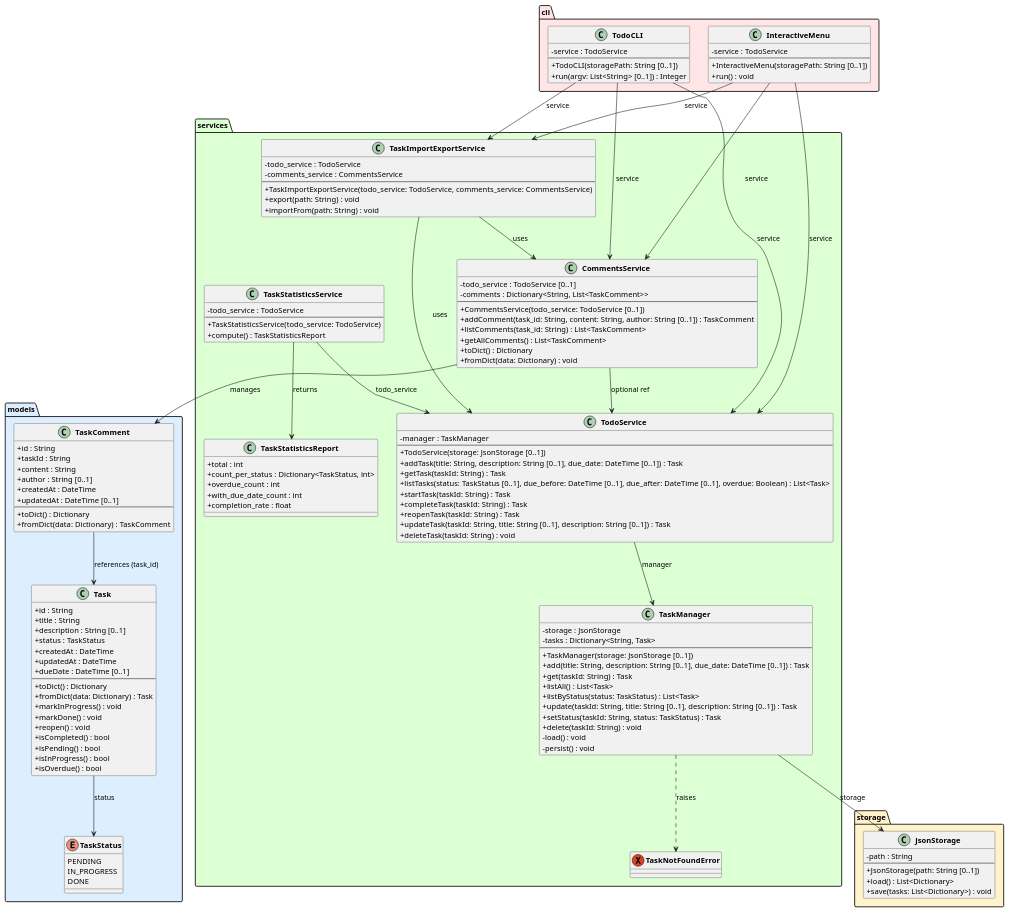
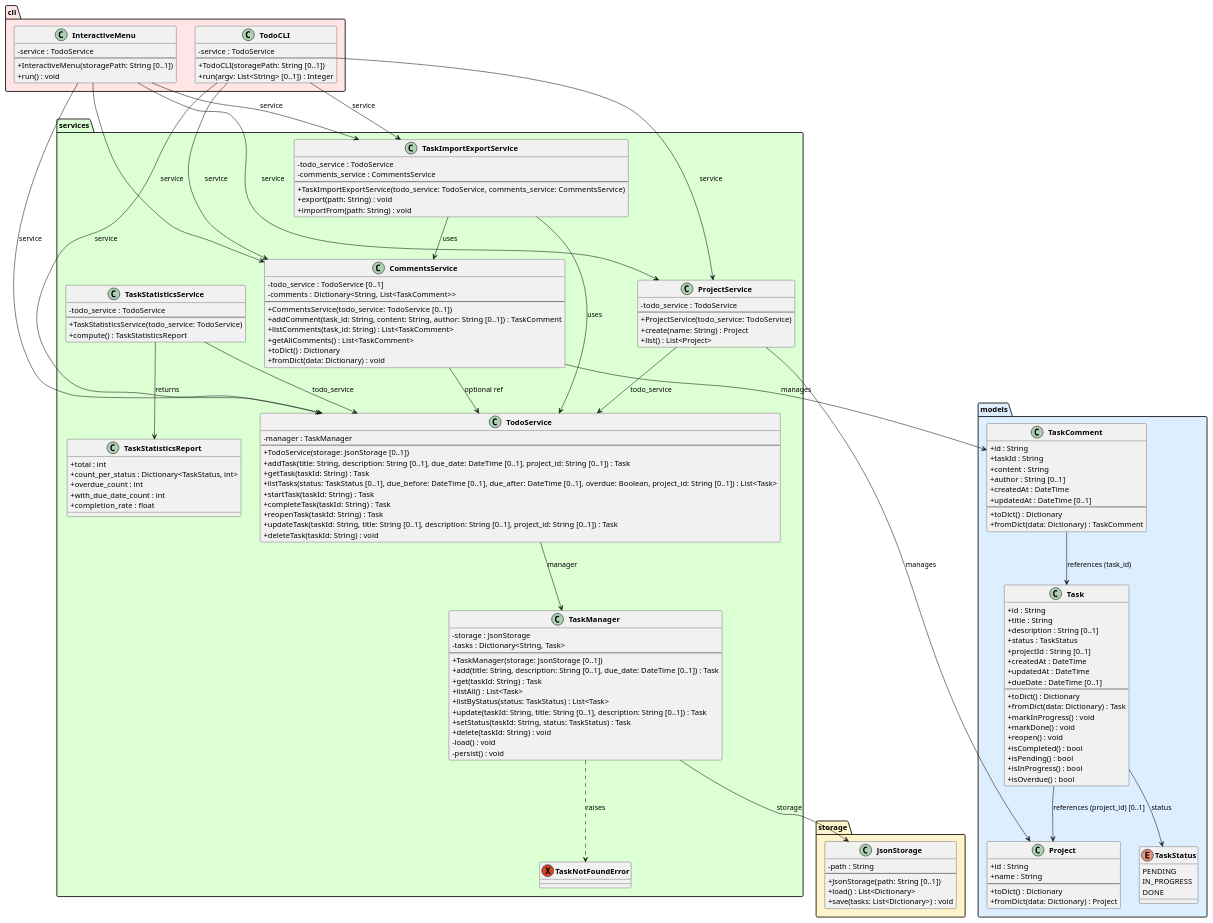
Before and after one commit to DanielRiha8906/Software_autoevolution_using_agents: the diagram in experiments/broadcast/test_driven/TODO/artifacts/class_diagram.puml, drawn with PlantUML. The commit also changed 14 other files, not shown here.

First line of the commit message:
Task 08: Implement Project domain class and ProjectService

```diff
--- a/experiments/broadcast/test_driven/TODO/artifacts/class_diagram.puml
+++ b/experiments/broadcast/test_driven/TODO/artifacts/class_diagram.puml
@@ -1,160 +1,182 @@
 @startuml class_diagram
 
 skinparam classAttributeIconSize 0
 skinparam classFontStyle bold
 
 package "models" #DDEEFF {
     enum TaskStatus {
         PENDING
         IN_PROGRESS
         DONE
     }
 
+    class Project {
+        +id : String
+        +name : String
+        --
+        +toDict() : Dictionary
+        +fromDict(data: Dictionary) : Project
+    }
+
     class Task {
         +id : String
         +title : String
         +description : String [0..1]
         +status : TaskStatus
+        +projectId : String [0..1]
         +createdAt : DateTime
         +updatedAt : DateTime
         +dueDate : DateTime [0..1]
         --
         +toDict() : Dictionary
         +fromDict(data: Dictionary) : Task
         +markInProgress() : void
         +markDone() : void
         +reopen() : void
         +isCompleted() : bool
         +isPending() : bool
         +isInProgress() : bool
         +isOverdue() : bool
     }
 
     class TaskComment {
         +id : String
         +taskId : String
         +content : String
         +author : String [0..1]
         +createdAt : DateTime
         +updatedAt : DateTime [0..1]
         --
         +toDict() : Dictionary
         +fromDict(data: Dictionary) : TaskComment
     }
 }
 
 package "storage" #FFF3CC {
     class JsonStorage {
         -path : String
         --
         +JsonStorage(path: String [0..1])
         +load() : List<Dictionary>
         +save(tasks: List<Dictionary>) : void
     }
 }
 
 package "services" #DDFFD4 {
     exception TaskNotFoundError
 
     class TaskManager {
         -storage : JsonStorage
         -tasks : Dictionary<String, Task>
         --
         +TaskManager(storage: JsonStorage [0..1])
         +add(title: String, description: String [0..1], due_date: DateTime [0..1]) : Task
         +get(taskId: String) : Task
         +listAll() : List<Task>
         +listByStatus(status: TaskStatus) : List<Task>
         +update(taskId: String, title: String [0..1], description: String [0..1]) : Task
         +setStatus(taskId: String, status: TaskStatus) : Task
         +delete(taskId: String) : void
         -load() : void
         -persist() : void
     }
 
     class TodoService {
         -manager : TaskManager
         --
         +TodoService(storage: JsonStorage [0..1])
-        +addTask(title: String, description: String [0..1], due_date: DateTime [0..1]) : Task
+        +addTask(title: String, description: String [0..1], due_date: DateTime [0..1], project_id: String [0..1]) : Task
         +getTask(taskId: String) : Task
-        +listTasks(status: TaskStatus [0..1], due_before: DateTime [0..1], due_after: DateTime [0..1], overdue: Boolean) : List<Task>
+        +listTasks(status: TaskStatus [0..1], due_before: DateTime [0..1], due_after: DateTime [0..1], overdue: Boolean, project_id: String [0..1]) : List<Task>
         +startTask(taskId: String) : Task
         +completeTask(taskId: String) : Task
         +reopenTask(taskId: String) : Task
-        +updateTask(taskId: String, title: String [0..1], description: String [0..1]) : Task
+        +updateTask(taskId: String, title: String [0..1], description: String [0..1], project_id: String [0..1]) : Task
         +deleteTask(taskId: String) : void
+    }
+
+    class ProjectService {
+        -todo_service : TodoService
+        --
+        +ProjectService(todo_service: TodoService)
+        +create(name: String) : Project
+        +list() : List<Project>
     }
 
     class CommentsService {
         -todo_service : TodoService [0..1]
         -comments : Dictionary<String, List<TaskComment>>
         --
         +CommentsService(todo_service: TodoService [0..1])
         +addComment(task_id: String, content: String, author: String [0..1]) : TaskComment
         +listComments(task_id: String) : List<TaskComment>
         +getAllComments() : List<TaskComment>
         +toDict() : Dictionary
         +fromDict(data: Dictionary) : void
     }
 
     class TaskImportExportService {
         -todo_service : TodoService
         -comments_service : CommentsService
         --
         +TaskImportExportService(todo_service: TodoService, comments_service: CommentsService)
         +export(path: String) : void
         +importFrom(path: String) : void
     }
 
     class TaskStatisticsReport {
         +total : int
         +count_per_status : Dictionary<TaskStatus, int>
         +overdue_count : int
         +with_due_date_count : int
         +completion_rate : float
     }
 
     class TaskStatisticsService {
         -todo_service : TodoService
         --
         +TaskStatisticsService(todo_service: TodoService)
         +compute() : TaskStatisticsReport
     }
 }
 
 package "cli" #FFE5E5 {
     class TodoCLI {
         -service : TodoService
         --
         +TodoCLI(storagePath: String [0..1])
         +run(argv: List<String> [0..1]) : Integer
     }
 
     class InteractiveMenu {
         -service : TodoService
         --
         +InteractiveMenu(storagePath: String [0..1])
         +run() : void
     }
 }
 
 Task --> TaskStatus : status
+Task --> Project : references (project_id) [0..1]
 TaskComment --> Task : references (task_id)
 TaskManager --> JsonStorage : storage
 TaskManager ..> TaskNotFoundError : raises
 TodoService --> TaskManager : manager
+ProjectService --> TodoService : todo_service
+ProjectService --> Project : manages
 CommentsService --> TaskComment : manages
 CommentsService --> TodoService : optional ref
 TaskImportExportService --> TodoService : uses
 TaskImportExportService --> CommentsService : uses
 TaskStatisticsService --> TodoService : todo_service
 TaskStatisticsService --> TaskStatisticsReport : returns
 TodoCLI --> TodoService : service
 TodoCLI --> CommentsService : service
+TodoCLI --> ProjectService : service
 TodoCLI --> TaskImportExportService : service
 InteractiveMenu --> TodoService : service
 InteractiveMenu --> CommentsService : service
+InteractiveMenu --> ProjectService : service
 InteractiveMenu --> TaskImportExportService : service
 
 @enduml
```
